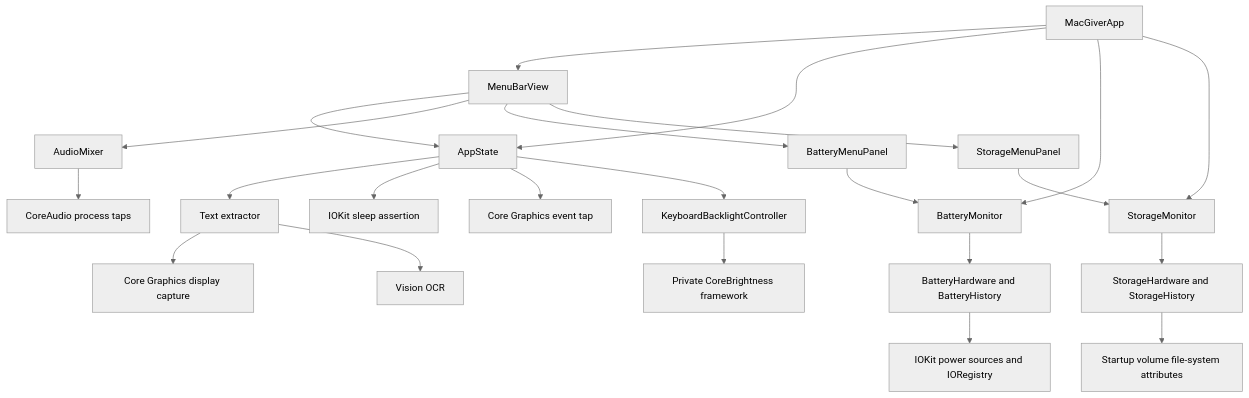
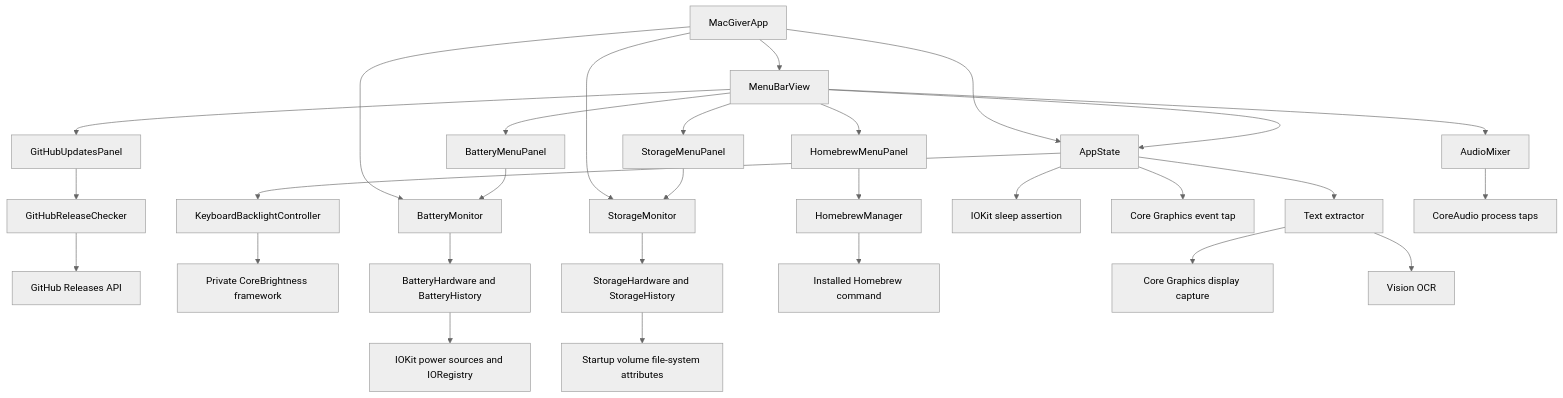
Before and after one commit to gabrielmpinha/macgiver: the diagram in docs/architecture.md, drawn with Mermaid (neutral theme). The commit also changed other lines of this file and 12 other files, not shown here.

Commit message:
feat: add Homebrew management and GitHub updates

````diff
--- a/docs/architecture.md
+++ b/docs/architecture.md
@@ -9,25 +9,31 @@
 ```mermaid
 flowchart TD
     App[MacGiverApp] --> UI[MenuBarView]
     App --> State[AppState]
     App --> Monitor[BatteryMonitor]
     App --> StorageMonitor[StorageMonitor]
     UI --> State
     State --> Extractor[Text extractor]
     UI --> AudioMixer
     UI --> Panel[BatteryMenuPanel]
     UI --> StoragePanel[StorageMenuPanel]
+    UI --> BrewPanel[HomebrewMenuPanel]
+    BrewPanel --> BrewManager[HomebrewManager]
+    UI --> ReleasePanel[GitHubUpdatesPanel]
+    ReleasePanel --> ReleaseChecker[GitHubReleaseChecker]
+    ReleaseChecker --> ReleasesAPI[GitHub Releases API]
     Panel --> Monitor
     StoragePanel --> StorageMonitor
     State --> Sleep[IOKit sleep assertion]
     State --> Lock[Core Graphics event tap]
     State --> Light[KeyboardBacklightController]
     Light --> CB[Private CoreBrightness framework]
     Monitor --> Mac[BatteryHardware and BatteryHistory]
     StorageMonitor --> Storage[StorageHardware and StorageHistory]
     AudioMixer --> CoreAudio[CoreAudio process taps]
+    BrewManager --> Brew[Installed Homebrew command]
     Mac --> IOKit[IOKit power sources and IORegistry]
     Storage --> FileSystem[Startup volume file-system attributes]
     Extractor --> Capture[Core Graphics display capture]
     Extractor --> Vision[Vision OCR]
 ```
````
